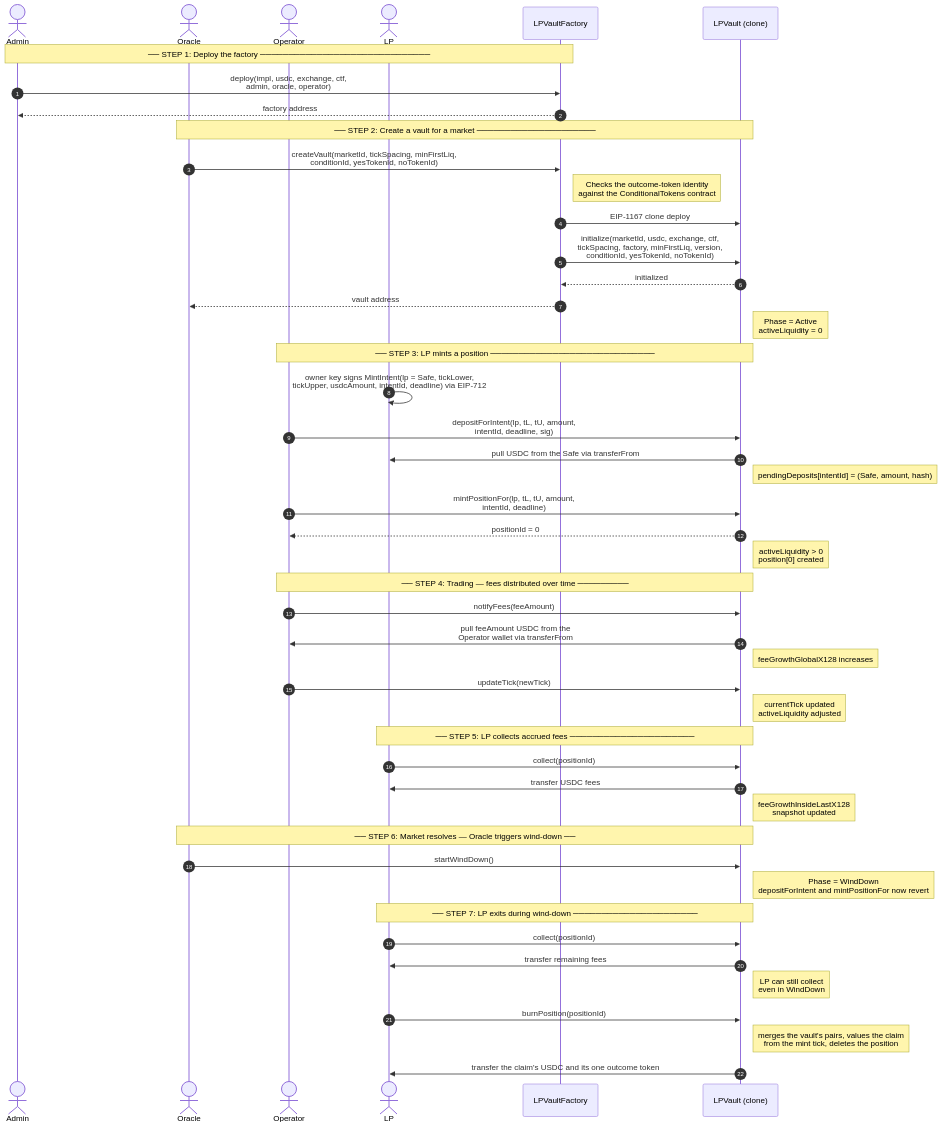
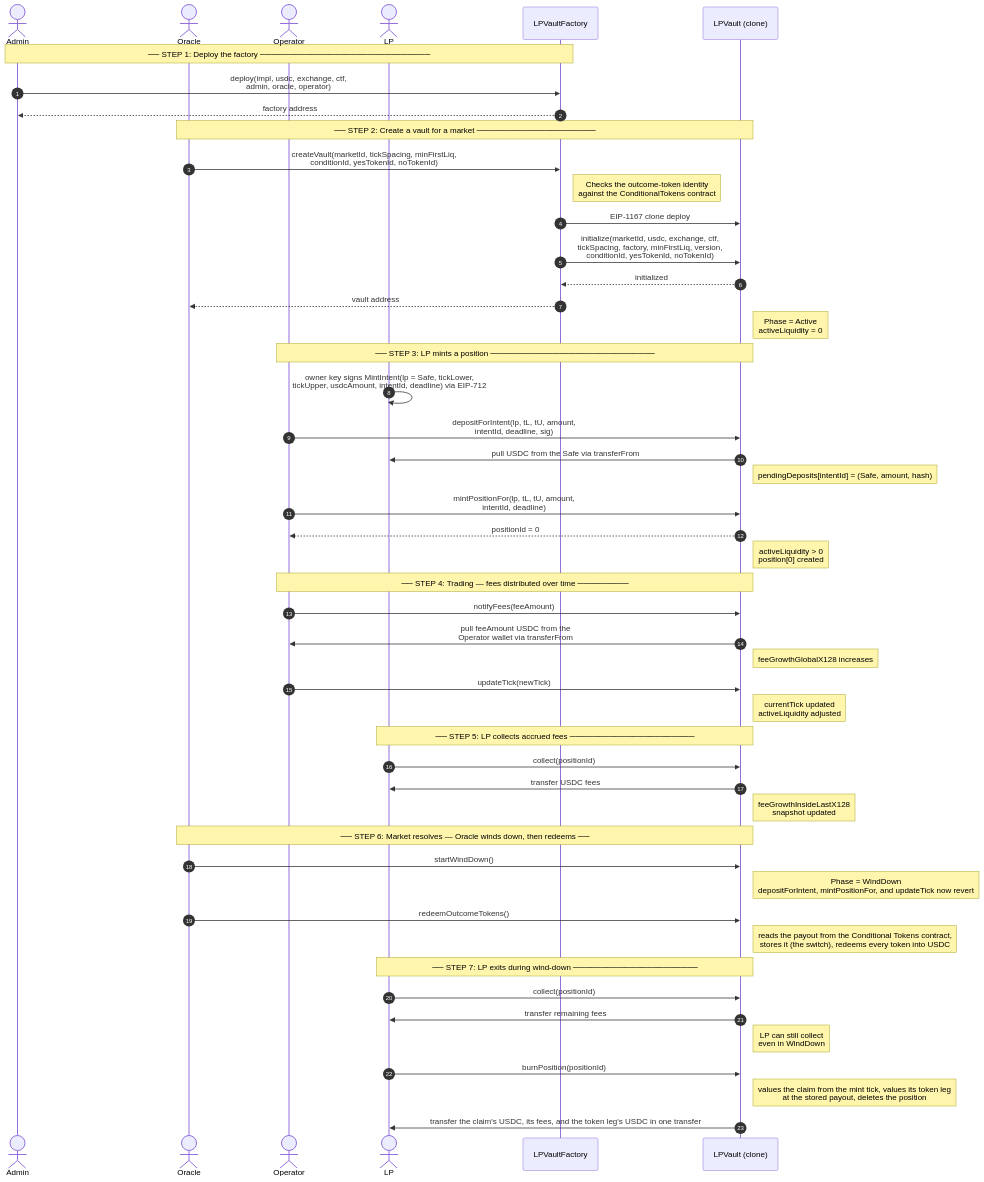
Before and after one commit to ProphetMarket/lp-vaults: the second of 17 diagrams in FLOWS.md, drawn with Mermaid. The commit also changed other lines of this file and 4 other files, not shown here.

````diff
--- a/FLOWS.md
+++ b/FLOWS.md
@@ -41,56 +41,58 @@
 ```mermaid
 sequenceDiagram
     autonumber
     actor Admin
     actor Oracle
     actor Operator
     actor LP
     participant Factory as LPVaultFactory
     participant Vault as LPVault (clone)
 
     Note over Admin,Factory: ── STEP 1: Deploy the factory ──────────────────────────────
     Admin->>Factory: deploy(impl, usdc, exchange, ctf,<br/>admin, oracle, operator)
     Factory-->>Admin: factory address
 
     Note over Oracle,Vault: ── STEP 2: Create a vault for a market ─────────────────────
     Oracle->>Factory: createVault(marketId, tickSpacing, minFirstLiq,<br/>conditionId, yesTokenId, noTokenId)
     Note right of Factory: Checks the outcome-token identity<br/>against the ConditionalTokens contract
     Factory->>Vault: EIP-1167 clone deploy
     Factory->>Vault: initialize(marketId, usdc, exchange, ctf,<br/>tickSpacing, factory, minFirstLiq, version,<br/>conditionId, yesTokenId, noTokenId)
     Vault-->>Factory: initialized
     Factory-->>Oracle: vault address
     Note right of Vault: Phase = Active<br/>activeLiquidity = 0
 
     Note over Operator,Vault: ── STEP 3: LP mints a position ─────────────────────────────
     LP->>LP: owner key signs MintIntent(lp = Safe, tickLower,<br/>tickUpper, usdcAmount, intentId, deadline) via EIP-712
     Operator->>Vault: depositForIntent(lp, tL, tU, amount,<br/>intentId, deadline, sig)
     Vault->>LP: pull USDC from the Safe via transferFrom
     Note right of Vault: pendingDeposits[intentId] = (Safe, amount, hash)
     Operator->>Vault: mintPositionFor(lp, tL, tU, amount,<br/>intentId, deadline)
     Vault-->>Operator: positionId = 0
     Note right of Vault: activeLiquidity > 0<br/>position[0] created
 
     Note over Operator,Vault: ── STEP 4: Trading — fees distributed over time ─────────
     Operator->>Vault: notifyFees(feeAmount)
     Vault->>Operator: pull feeAmount USDC from the<br/>Operator wallet via transferFrom
     Note right of Vault: feeGrowthGlobalX128 increases
     Operator->>Vault: updateTick(newTick)
     Note right of Vault: currentTick updated<br/>activeLiquidity adjusted
 
     Note over LP,Vault: ── STEP 5: LP collects accrued fees ──────────────────────
     LP->>Vault: collect(positionId)
     Vault->>LP: transfer USDC fees
     Note right of Vault: feeGrowthInsideLastX128<br/>snapshot updated
 
-    Note over Oracle,Vault: ── STEP 6: Market resolves — Oracle triggers wind-down ──
+    Note over Oracle,Vault: ── STEP 6: Market resolves — Oracle winds down, then redeems ──
     Oracle->>Vault: startWindDown()
-    Note right of Vault: Phase = WindDown<br/>depositForIntent and mintPositionFor now revert
+    Note right of Vault: Phase = WindDown<br/>depositForIntent, mintPositionFor, and updateTick now revert
+    Oracle->>Vault: redeemOutcomeTokens()
+    Note right of Vault: reads the payout from the Conditional Tokens contract,<br/>stores it (the switch), redeems every token into USDC
 
     Note over LP,Vault: ── STEP 7: LP exits during wind-down ──────────────────────
     LP->>Vault: collect(positionId)
     Vault->>LP: transfer remaining fees
     Note right of Vault: LP can still collect<br/>even in WindDown
     LP->>Vault: burnPosition(positionId)
-    Note right of Vault: merges the vault's pairs, values the claim<br/>from the mint tick, deletes the position
-    Vault->>LP: transfer the claim's USDC and its one outcome token
+    Note right of Vault: values the claim from the mint tick, values its token leg<br/>at the stored payout, deletes the position
+    Vault->>LP: transfer the claim's USDC, its fees, and the token leg's USDC in one transfer
 ```
````
